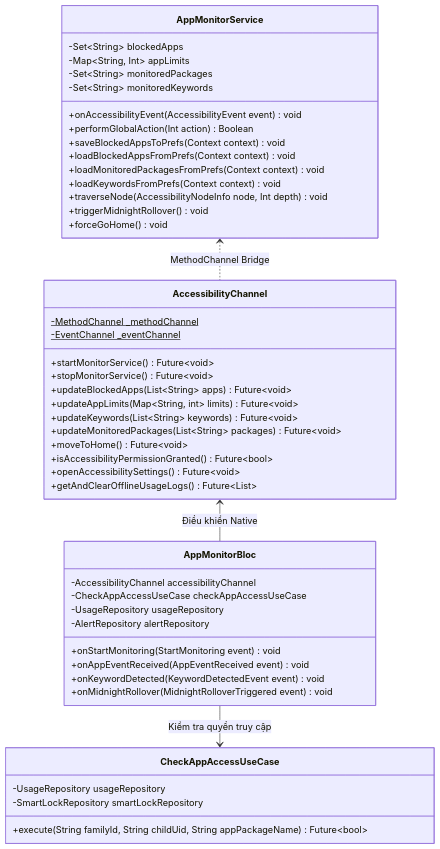
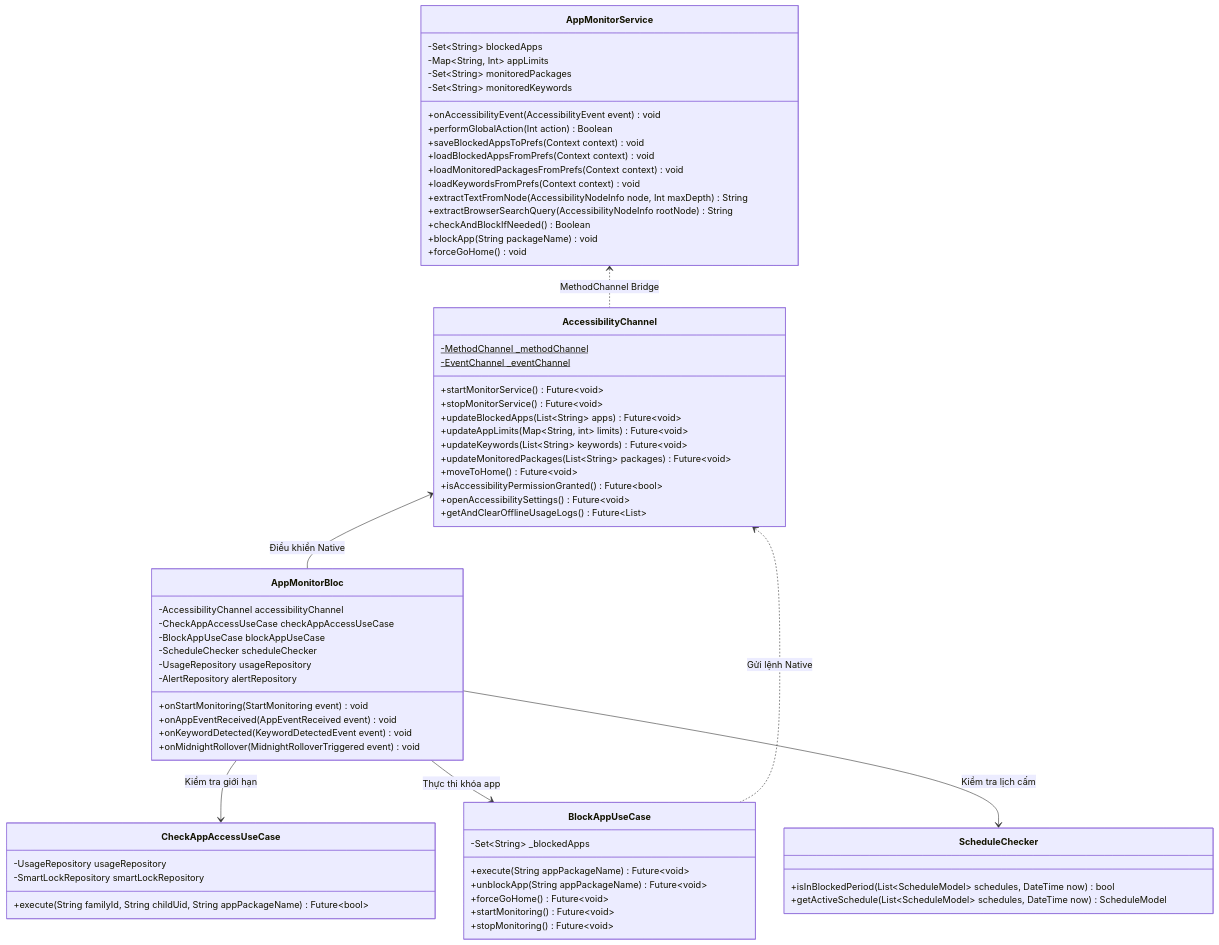
Diagram 16 of 20 in docs/Kura_Technical_Analysis.md (minhduc01168/KidGuardian-THPT), drawn with Mermaid before and after one commit. The commit also changed other lines of this file, not shown here.

Commit message:
docs: audit and refine diagrams to match exact native & domain code

````diff
--- a/docs/Kura_Technical_Analysis.md
+++ b/docs/Kura_Technical_Analysis.md
@@ -955,54 +958,75 @@
 ```mermaid
 classDiagram
     class AppMonitorService {
         -Set~String~ blockedApps
         -Map~String, Int~ appLimits
         -Set~String~ monitoredPackages
         -Set~String~ monitoredKeywords
         +onAccessibilityEvent(AccessibilityEvent event) void
         +performGlobalAction(Int action) Boolean
         +saveBlockedAppsToPrefs(Context context) void
         +loadBlockedAppsFromPrefs(Context context) void
         +loadMonitoredPackagesFromPrefs(Context context) void
         +loadKeywordsFromPrefs(Context context) void
-        +traverseNode(AccessibilityNodeInfo node, Int depth) void
-        +triggerMidnightRollover() void
+        +extractTextFromNode(AccessibilityNodeInfo node, Int maxDepth) String
+        +extractBrowserSearchQuery(AccessibilityNodeInfo rootNode) String
+        +checkAndBlockIfNeeded() Boolean
+        +blockApp(String packageName) void
         +forceGoHome() void
     }
 
     class AccessibilityChannel {
         -MethodChannel _methodChannel$
         -EventChannel _eventChannel$
         +startMonitorService() Future~void~
         +stopMonitorService() Future~void~
         +updateBlockedApps(List~String~ apps) Future~void~
         +updateAppLimits(Map~String, int~ limits) Future~void~
         +updateKeywords(List~String~ keywords) Future~void~
         +updateMonitoredPackages(List~String~ packages) Future~void~
         +moveToHome() Future~void~
         +isAccessibilityPermissionGranted() Future~bool~
         +openAccessibilitySettings() Future~void~
         +getAndClearOfflineUsageLogs() Future~List~
     }
 
     class AppMonitorBloc {
         -AccessibilityChannel accessibilityChannel
         -CheckAppAccessUseCase checkAppAccessUseCase
+        -BlockAppUseCase blockAppUseCase
+        -ScheduleChecker scheduleChecker
         -UsageRepository usageRepository
         -AlertRepository alertRepository
         +onStartMonitoring(StartMonitoring event) void
         +onAppEventReceived(AppEventReceived event) void
         +onKeywordDetected(KeywordDetectedEvent event) void
         +onMidnightRollover(MidnightRolloverTriggered event) void
     }
 
     class CheckAppAccessUseCase {
         -UsageRepository usageRepository
         -SmartLockRepository smartLockRepository
         +execute(String familyId, String childUid, String appPackageName) Future~bool~
     }
 
+    class BlockAppUseCase {
+        -Set~String~ _blockedApps
+        +execute(String appPackageName) Future~void~
+        +unblockApp(String appPackageName) Future~void~
+        +forceGoHome() Future~void~
+        +startMonitoring() Future~void~
+        +stopMonitoring() Future~void~
+    }
+
+    class ScheduleChecker {
+        +isInBlockedPeriod(List~ScheduleModel~ schedules, DateTime now) bool
+        +getActiveSchedule(List~ScheduleModel~ schedules, DateTime now) ScheduleModel
+    }
+
     AppMonitorService <.. AccessibilityChannel : MethodChannel Bridge
     AccessibilityChannel <-- AppMonitorBloc : Điều khiển Native
-    AppMonitorBloc --> CheckAppAccessUseCase : Kiểm tra quyền truy cập
+    AppMonitorBloc --> CheckAppAccessUseCase : Kiểm tra giới hạn
+    AppMonitorBloc --> BlockAppUseCase : Thực thi khóa app
+    AppMonitorBloc --> ScheduleChecker : Kiểm tra lịch cấm
+    BlockAppUseCase ..> AccessibilityChannel : Gửi lệnh Native
 ```
````
